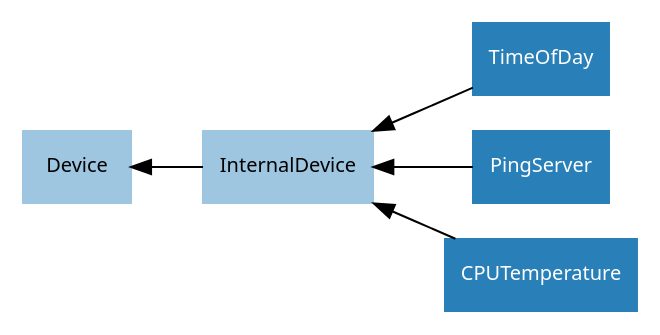
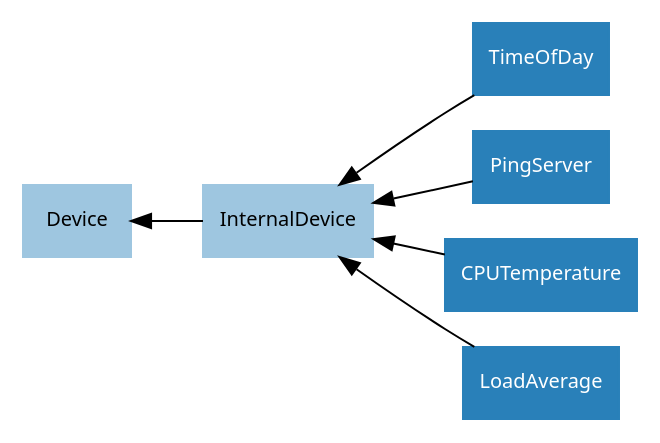
The diagram in docs/images/other_device_hierarchy.dot (gpiozero/gpiozero), drawn with Graphviz before and after one commit. The commit also changed 9 other files, not shown here.

Commit message:
Add LoadAverage to the docs

```diff
--- a/docs/images/other_device_hierarchy.dot
+++ b/docs/images/other_device_hierarchy.dot
@@ -1,20 +1,21 @@
 /* vim: set et sw=4 sts=4: */
 
 digraph classes {
     graph [rankdir=RL];
     node [shape=rect, style=filled, fontname=Sans, fontsize=10];
     edge [];
 
     /* Abstract classes */
     node [color="#9ec6e0", fontcolor="#000000"]
     Device;
     InternalDevice;
 
     /* Concrete classes */
     node [color="#2980b9", fontcolor="#ffffff"];
 
     InternalDevice->Device;
     TimeOfDay->InternalDevice;
     PingServer->InternalDevice;
     CPUTemperature->InternalDevice;
+    LoadAverage->InternalDevice;
 }
```
